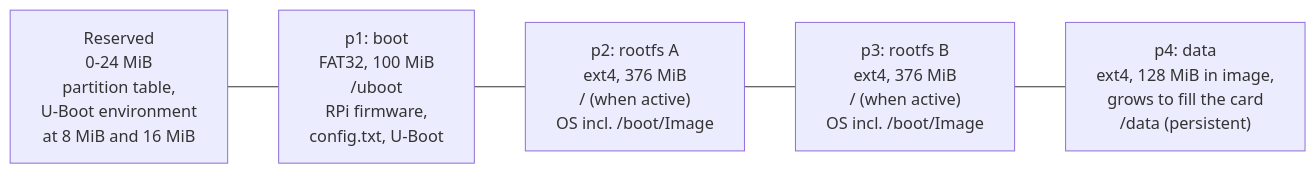
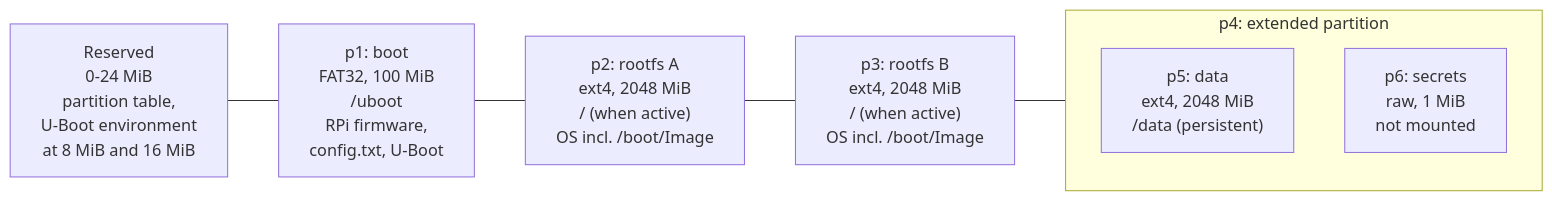
The diagram in docs/01-integration-guide.md (janaperic/chemify-rpi4-mender), drawn with Mermaid before and after one commit. The commit also changed other lines of this file and 8 other files, not shown here.

First line of the commit message:
Add raw 1 MiB secrets partition (change request), v0.2.0 draft

````diff
--- a/docs/01-integration-guide.md
+++ b/docs/01-integration-guide.md
@@ -55,9 +58,12 @@
 ```mermaid
 flowchart LR
     R["Reserved<br/>0-24 MiB<br/>partition table,<br/>U-Boot environment<br/>at 8 MiB and 16 MiB"]
     P1["p1: boot<br/>FAT32, 100 MiB<br/>/uboot<br/>RPi firmware,<br/>config.txt, U-Boot"]
-    P2["p2: rootfs A<br/>ext4, 376 MiB<br/>/ (when active)<br/>OS incl. /boot/Image"]
-    P3["p3: rootfs B<br/>ext4, 376 MiB<br/>/ (when active)<br/>OS incl. /boot/Image"]
-    P4["p4: data<br/>ext4, 128 MiB in image,<br/>grows to fill the card<br/>/data (persistent)"]
+    P2["p2: rootfs A<br/>ext4, 2048 MiB<br/>/ (when active)<br/>OS incl. /boot/Image"]
+    P3["p3: rootfs B<br/>ext4, 2048 MiB<br/>/ (when active)<br/>OS incl. /boot/Image"]
+    subgraph P4["p4: extended partition"]
+        P5["p5: data<br/>ext4, 2048 MiB<br/>/data (persistent)"]
+        P6["p6: secrets<br/>raw, 1 MiB<br/>not mounted"]
+    end
     R --- P1 --- P2 --- P3 --- P4
 ```
````
